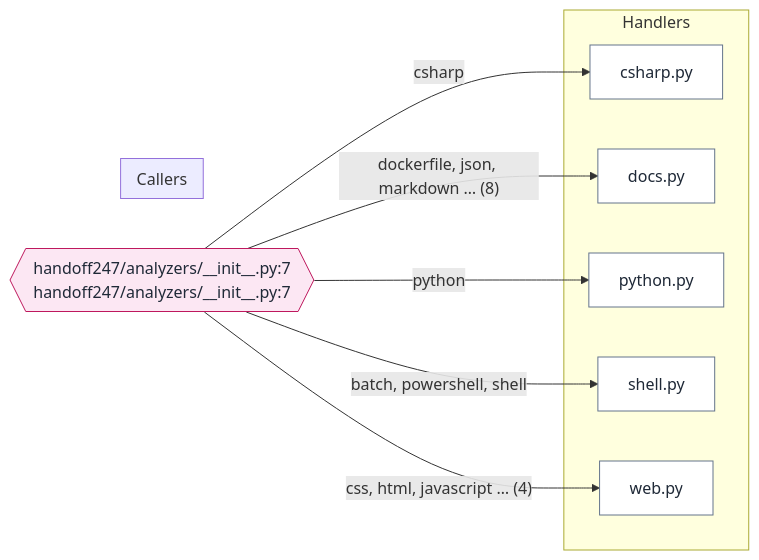
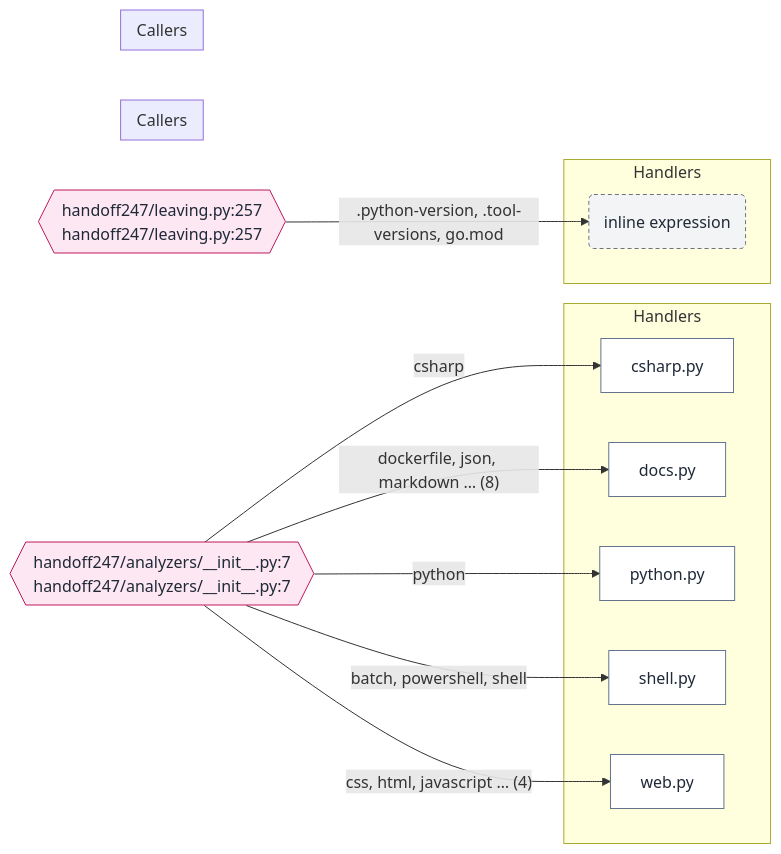
The diagram in docs/handoff/diagrams/operations.mmd (unkkyuist/HandOff247), drawn with Mermaid before and after one commit. The commit also changed 11 other files, not shown here.

```diff
--- a/docs/handoff/diagrams/operations.mmd
+++ b/docs/handoff/diagrams/operations.mmd
@@ -1,26 +1,33 @@
 flowchart LR
   n1{{"handoff247/analyzers/#95;#95;init#95;#95;.py:7<br/>handoff247/analyzers/#95;#95;init#95;#95;.py:7"}}:::table
   subgraph g2["Callers"]
   end
   subgraph g3["Handlers"]
     n4["csharp.py"]:::file
     n5["docs.py"]:::file
     n6["python.py"]:::file
     n7["shell.py"]:::file
     n8["web.py"]:::file
   end
   n1 -->|"csharp"| n4
   n1 -->|"python"| n6
   n1 -->|"css, html, javascript … (4)"| n8
   n1 -->|"batch, powershell, shell"| n7
   n1 -->|"dockerfile, json, markdown … (8)"| n5
+  n9{{"handoff247/leaving.py:257<br/>handoff247/leaving.py:257"}}:::table
+  subgraph g10["Callers"]
+  end
+  subgraph g11["Handlers"]
+    n12("inline expression"):::hub
+  end
+  n9 -->|".python-version, .tool-versions, go.mod"| n12
   classDef entry fill:#fde68a,stroke:#b45309,color:#1f2937
   classDef launcher fill:#e0e7ff,stroke:#4338ca,color:#1f2937
   classDef mode fill:#dcfce7,stroke:#15803d,color:#1f2937
   classDef iface fill:#cffafe,stroke:#0e7490,color:#1f2937
   classDef table fill:#fce7f3,stroke:#be185d,color:#1f2937
   classDef hub fill:#f3f4f6,stroke:#6b7280,color:#1f2937,stroke-dasharray:4 3
   classDef data fill:#fef3c7,stroke:#92400e,color:#1f2937
   classDef ext fill:#ffffff,stroke:#9ca3af,color:#374151,stroke-dasharray:2 2
   classDef test fill:#ede9fe,stroke:#6d28d9,color:#1f2937
   classDef file fill:#ffffff,stroke:#64748b,color:#1f2937
```
